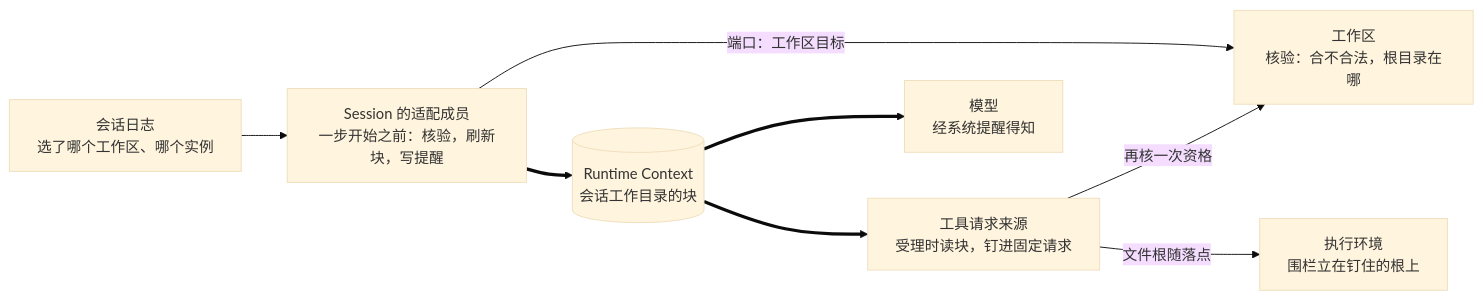
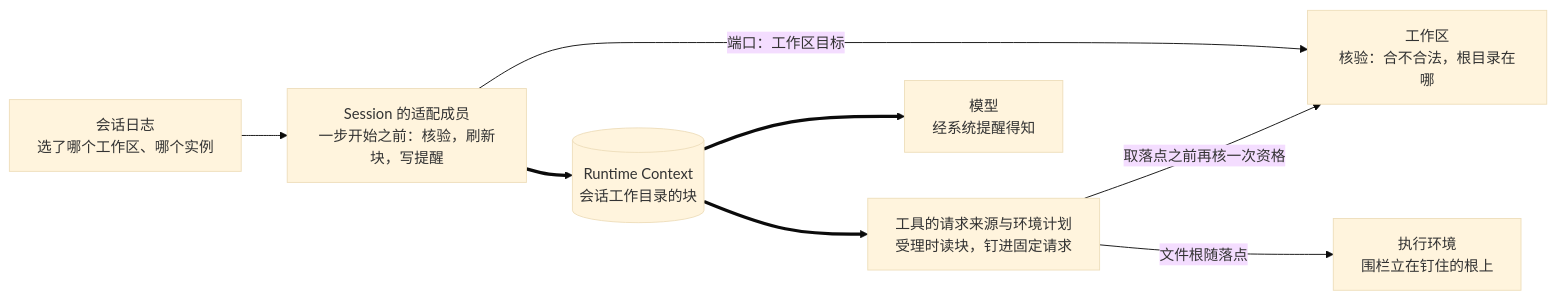
One commit to nemori-ai/omne-harness-lite changed the diagram in docs/domains/workspaces/architecture.md. Above: the diagram before and after it, drawn with Mermaid (base theme). The commit also changed other lines of this file and 10 other files, not shown here.

````diff
--- a/docs/domains/workspaces/architecture.md
+++ b/docs/domains/workspaces/architecture.md
@@ -50,17 +50,17 @@
 ```mermaid
 flowchart LR
   log["会话日志<br/>选了哪个工作区、哪个实例"]
   ws["工作区<br/>核验：合不合法，根目录在哪"]
   holder["Session 的适配成员<br/>一步开始之前：核验，刷新块，写提醒"]
   rc[("Runtime Context<br/>会话工作目录的块")]
-  src["工具请求来源<br/>受理时读块，钉进固定请求"]
+  src["工具的请求来源与环境计划<br/>受理时读块，钉进固定请求"]
   env["执行环境<br/>围栏立在钉住的根上"]
   model["模型<br/>经系统提醒得知"]
   log --> holder
   holder -->|"端口：工作区目标"| ws
   holder ==> rc
   rc ==> src
   rc ==> model
-  src -->|"再核一次资格"| ws
+  src -->|"取落点之前再核一次资格"| ws
   src -->|"文件根随落点"| env
 ```
````
